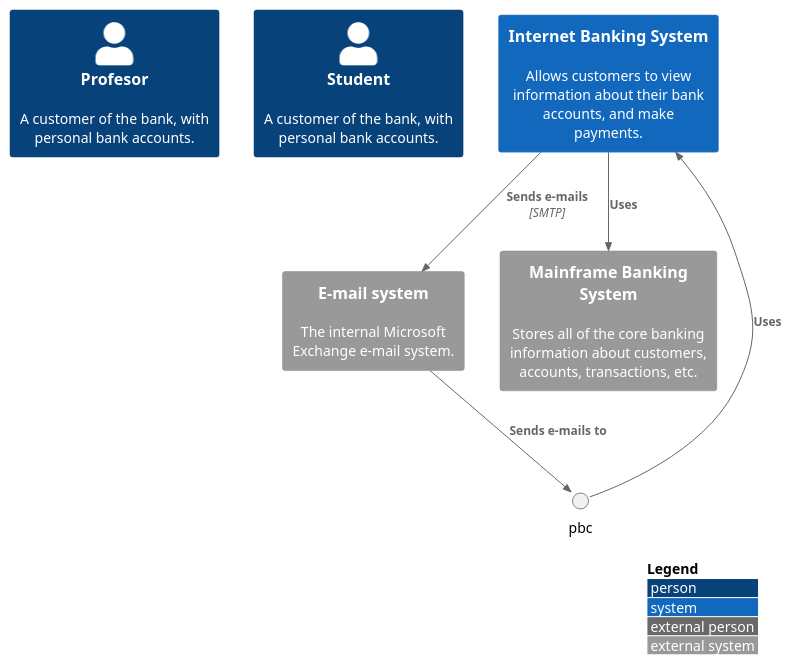
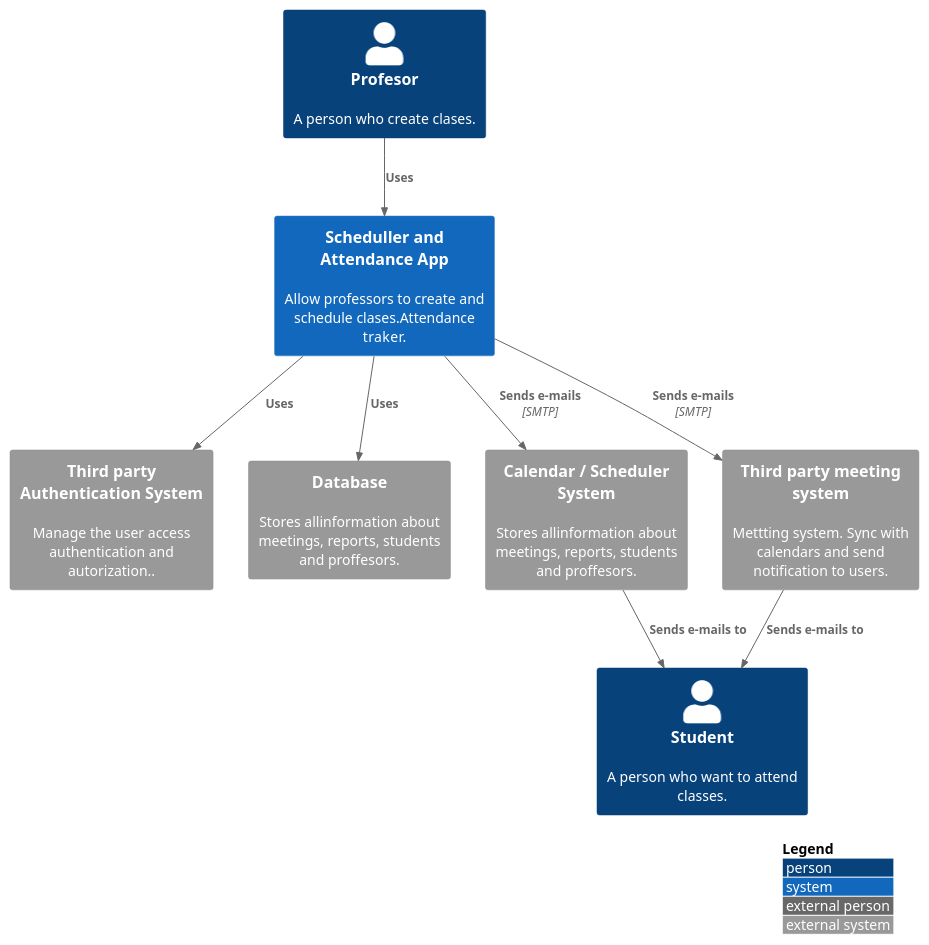
The diagram in src/context.puml (JU-DEV-LatamBootcamp/Klockan-Docs), drawn with PlantUML before and after one commit. The commit also changed 10 other files, not shown here.

Commit message:
Context and Container diagram

```diff
--- a/src/context.puml
+++ b/src/context.puml
@@ -1,16 +1,22 @@
 @startuml
 !include https://raw.githubusercontent.com/adrianvlupu/C4-PlantUML/latest/C4_Context.puml
 
 LAYOUT_WITH_LEGEND()
 
-Person(pf, "Profesor", "A customer of the bank, with personal bank accounts.")
-Person(stc, "Student", "A customer of the bank, with personal bank accounts.")
-System(ibs, "Internet Banking System", "Allows customers to view information about their bank accounts, and make payments.")
-System_Ext(es, "E-mail system", "The internal Microsoft Exchange e-mail system.")
-System_Ext(mbs, "Mainframe Banking System", "Stores all of the core banking information about customers, accounts, transactions, etc.")
+Person(pf, "Profesor", "A person who create clases.")
+Person(st, "Student", "A person who want to attend classes.")
+System(spa, "Scheduller and Attendance App", "Allow professors to create and schedule clases.Attendance traker.")
+System_Ext(tpa, "Third party Authentication System", "Manage the user access authentication and autorization..")
+System_Ext(db, "Database", "Stores allinformation about meetings, reports, students and proffesors.")
+System_Ext(css, "Calendar / Scheduler System", "Stores allinformation about meetings, reports, students and proffesors.")
+System_Ext(tpm, "Third party meeting system", "Mettting system. Sync with calendars and send notification to users.")
 
-Rel(pbc, ibs, "Uses")
-Rel(es, pbc, "Sends e-mails to")
-Rel(ibs, es, "Sends e-mails", "SMTP")
-Rel(ibs, mbs, "Uses")
+
+Rel(pf, spa, "Uses")
+Rel(tpm, st, "Sends e-mails to")
+Rel(css, st, "Sends e-mails to")
+Rel(spa, tpa, "Uses")
+Rel(spa, tpm, "Sends e-mails", "SMTP")
+Rel(spa, css, "Sends e-mails", "SMTP")
+Rel(spa, db, "Uses")
 @enduml
```
